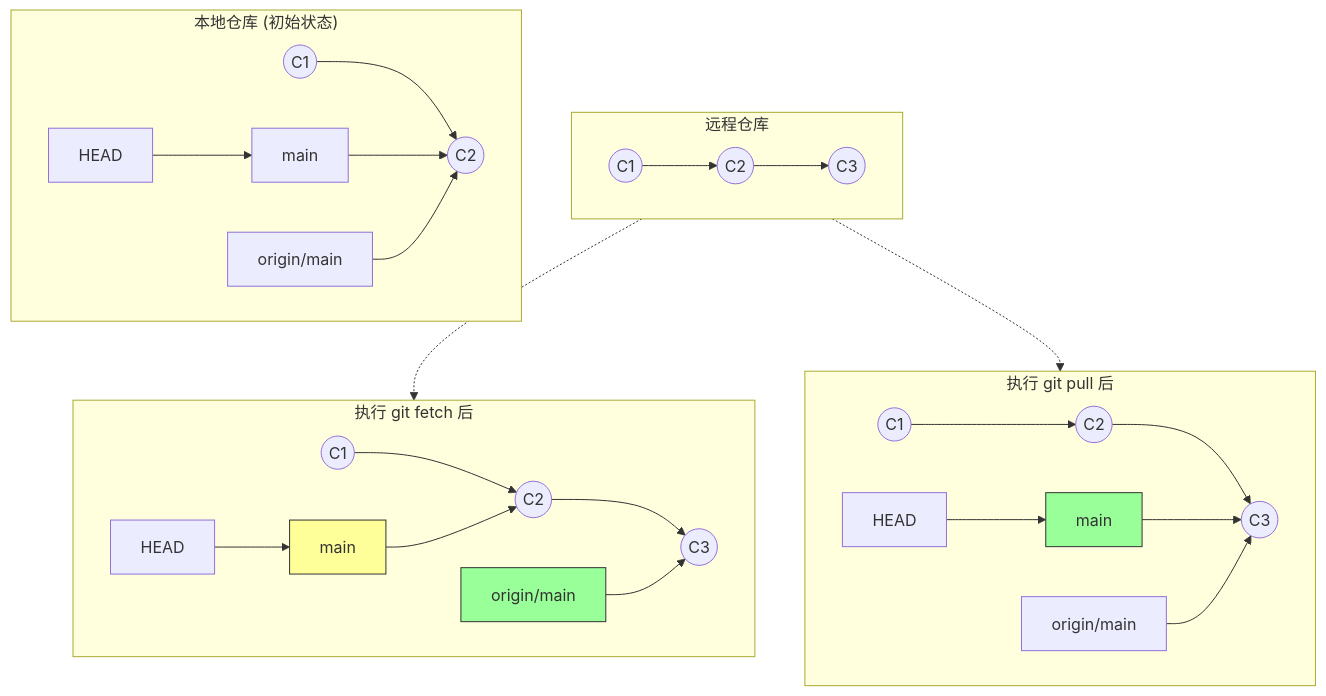
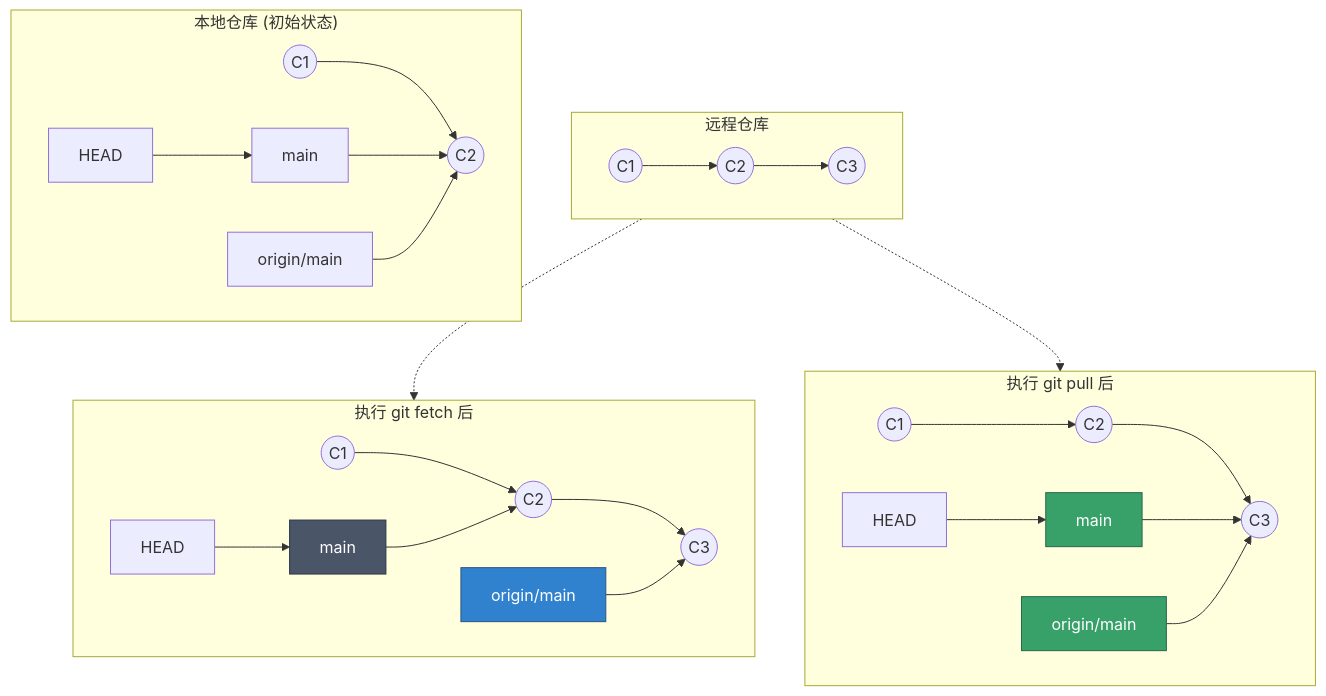
One commit to VrianCao/GitTour changed the diagram in src/content/docs/04-collaboration/03-fetching-pulling.md. Above: the diagram before and after it, drawn with Mermaid. The commit also changed 10 other files, not shown here.

First line of the commit message:
style: optimize Mermaid diagrams for light/dark mode

````diff
--- a/src/content/docs/04-collaboration/03-fetching-pulling.md
+++ b/src/content/docs/04-collaboration/03-fetching-pulling.md
@@ -45,30 +45,37 @@
 ```mermaid
 graph TD
     subgraph Remote [远程仓库]
         R_C1((C1)) --> R_C2((C2)) --> R_C3((C3))
     end
 
     subgraph Local_Before["本地仓库 (初始状态)"]
         L_C1((C1)) --> L_C2((C2))
         HEAD_B[HEAD] --> main_B[main] --> L_C2
         origin_main_B[origin/main] --> L_C2
     end
 
     subgraph Local_Fetch [执行 git fetch 后]
         L2_C1((C1)) --> L2_C2((C2)) --> L2_C3((C3))
         HEAD_F[HEAD] --> main_F[main] --> L2_C2
         origin_main_F[origin/main] --> L2_C3
-        style main_F fill:#ff9,stroke:#333
-        style origin_main_F fill:#9f9,stroke:#333
     end
 
     subgraph Local_Pull [执行 git pull 后]
         L3_C1((C1)) --> L3_C2((C2)) --> L3_C3((C3))
         HEAD_P[HEAD] --> main_P[main] --> L3_C3
         origin_main_P[origin/main] --> L3_C3
-        style main_P fill:#9f9,stroke:#333
     end
     
     Remote -.-> Local_Fetch
     Remote -.-> Local_Pull
+
+    %% 样式类定义 - 适配亮/暗模式
+    classDef localBranch fill:#4a5568,stroke:#2d3748,color:#fff
+    classDef remoteBranch fill:#3182ce,stroke:#2c5282,color:#fff
+    classDef synced fill:#38a169,stroke:#276749,color:#fff
+
+    %% 应用样式
+    class main_F localBranch
+    class origin_main_F remoteBranch
+    class main_P,origin_main_P synced
 ```
````
